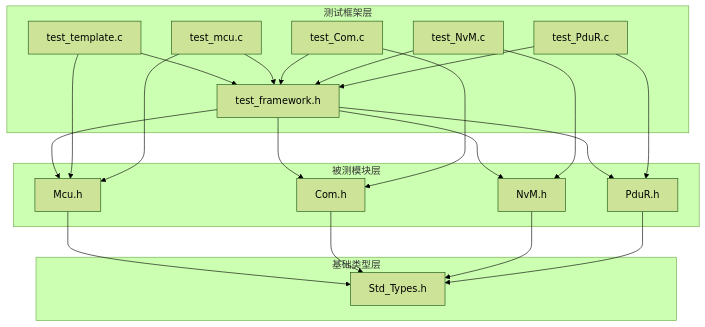
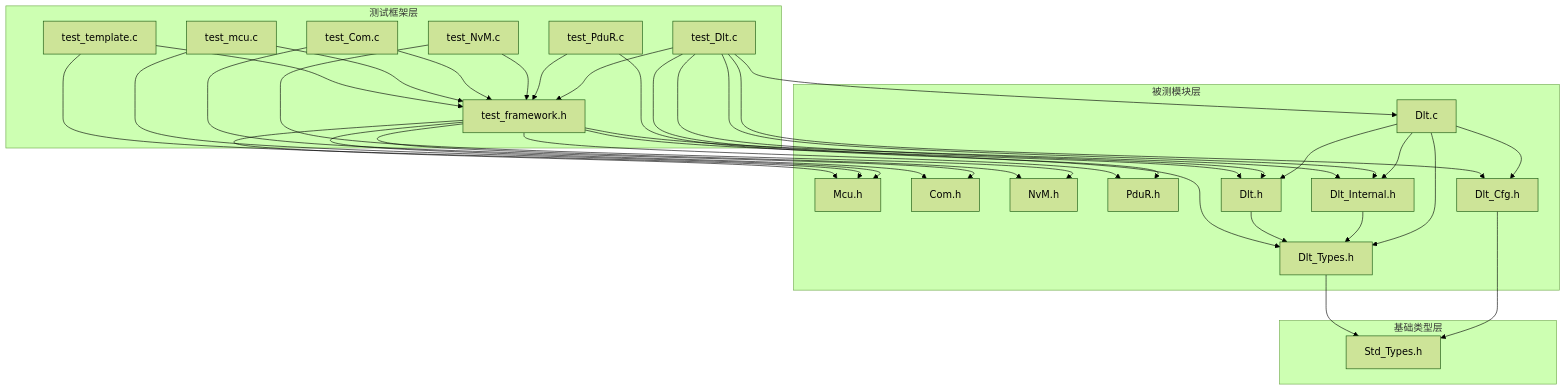
Diagram 14 of 14 in .qoder/repowiki/zh/content/测试策略/单元测试框架.md (frisky1985/yuleASR), drawn with Mermaid (forest theme) before and after one commit. The commit also changed other lines of this file and 4 other files, not shown here.

````diff
--- a/.qoder/repowiki/zh/content/测试策略/单元测试框架.md
+++ b/.qoder/repowiki/zh/content/测试策略/单元测试框架.md
@@ -495,38 +692,56 @@
 ```mermaid
 graph TB
 subgraph "测试框架层"
 TF[test_framework.h]
 TT[test_template.c]
 TM[test_mcu.c]
 TC[test_Com.c]
 TN[test_NvM.c]
 TP[test_PduR.c]
+TD[test_Dlt.c]
 end
 subgraph "被测模块层"
 MH[Mcu.h]
 CH[Com.h]
 NH[NvM.h]
 PH[PduR.h]
+DH[Dlt.h]
+DT[Dlt_Internal.h]
+DC[Dlt.c]
+DCT[Dlt_Types.h]
+DCC[Dlt_Cfg.h]
 end
 subgraph "基础类型层"
 ST[Std_Types.h]
 end
 TF --> MH
 TF --> CH
 TF --> NH
 TF --> PH
+TF --> DH
+TF --> DT
 TT --> TF
 TT --> MH
 TM --> TF
 TM --> MH
 TC --> TF
 TC --> CH
 TN --> TF
 TN --> NH
 TP --> TF
 TP --> PH
-MH --> ST
-CH --> ST
-NH --> ST
-PH --> ST
+TD --> TF
+TD --> DH
+TD --> DT
+TD --> DC
+TD --> DCT
+TD --> DCC
+DH --> DCT
+DT --> DCT
+DC --> DH
+DC --> DT
+DC --> DCT
+DC --> DCC
+DCT --> ST
+DCC --> ST
 ```
````
